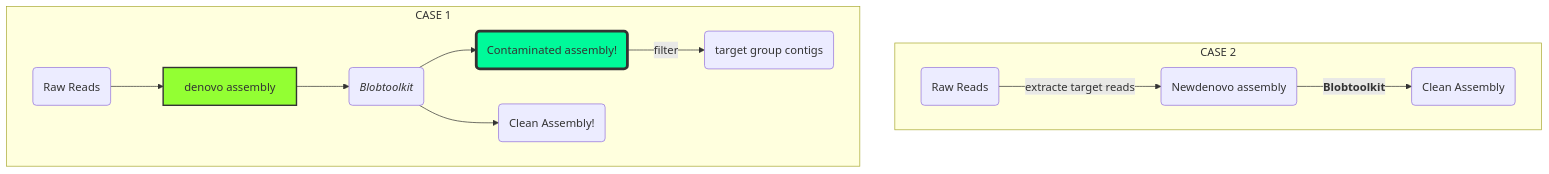
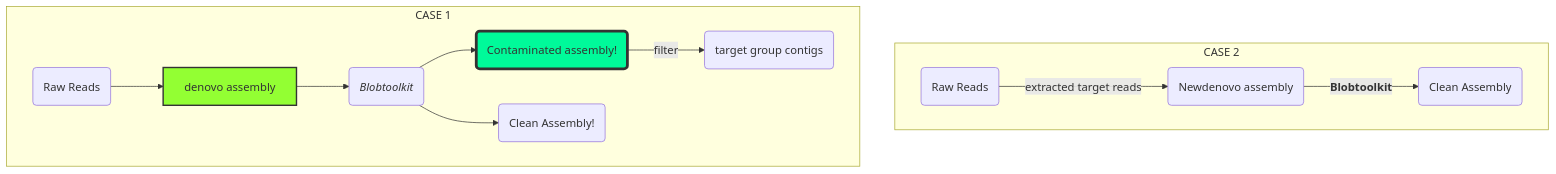
Before and after one commit to SolayMane/BTKCourse: the first of 2 diagrams in README.md, drawn with Mermaid. The commit also changed other lines of this file, not shown here.

````diff
--- a/README.md
+++ b/README.md
@@ -28,23 +41,23 @@
 ```mermaid
 graph TB
-subgraph CASE 2
-    er(Raw Reads) -->|extracte target reads| aa(Newdenovo assembly)
+  subgraph CASE 2
+    er(Raw Reads) -->|extracted target reads| aa(Newdenovo assembly)
     aa -- <b>Blobtoolkit --> t(Clean Assembly)
    
   end
   subgraph CASE 1
     tt(Raw Reads) --> a
     a[denovo assembly] --> rr(<i>Blobtoolkit)
     rr --> b(Contaminated assembly!)
    
 
     rr --> zz(Clean Assembly!)
     b -->|filter| EE(target group contigs)
   end
   
-        classDef green fill:#93FF33,stroke:#333,stroke-width:2px
-        classDef blue fill:#00FA9A,stroke:#333,stroke-width:4px
-       
-        class g,a,h green
-        class b,c,d,e,f blue
+classDef green fill:#93FF33,stroke:#333,stroke-width:2px
+classDef blue fill:#00FA9A,stroke:#333,stroke-width:4px
+
+class g,a,h green
+class b,c,d,e,f blue
  ```      
````
